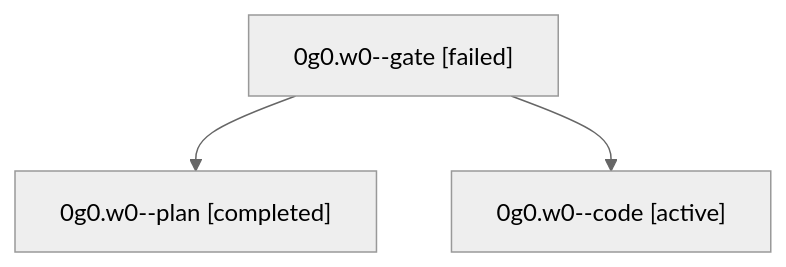
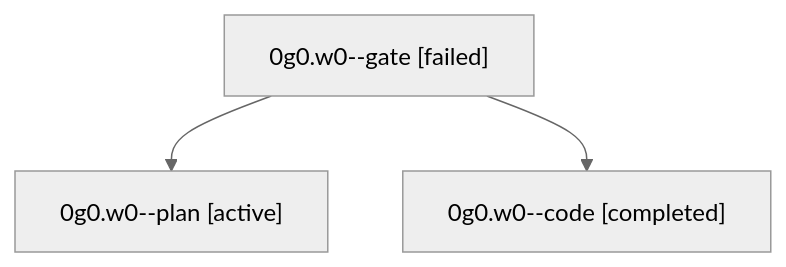
The diagram in families/bbugyi200.athena.0g0.w0.md (sase-org/sase--agents), drawn with Mermaid (neutral theme) before and after one commit. The commit also changed other lines of this file and 35830 other files, not shown here.

````diff
--- a/families/bbugyi200.athena.0g0.w0.md
+++ b/families/bbugyi200.athena.0g0.w0.md
@@ -9,8 +9,8 @@
 ```mermaid
 flowchart TD
   n0["0g0.w0--gate [failed]"]
-  n1["0g0.w0--plan [completed]"]
+  n1["0g0.w0--plan [active]"]
   n0 --> n1
-  n2["0g0.w0--code [active]"]
+  n2["0g0.w0--code [completed]"]
   n0 --> n2
 ```
````
